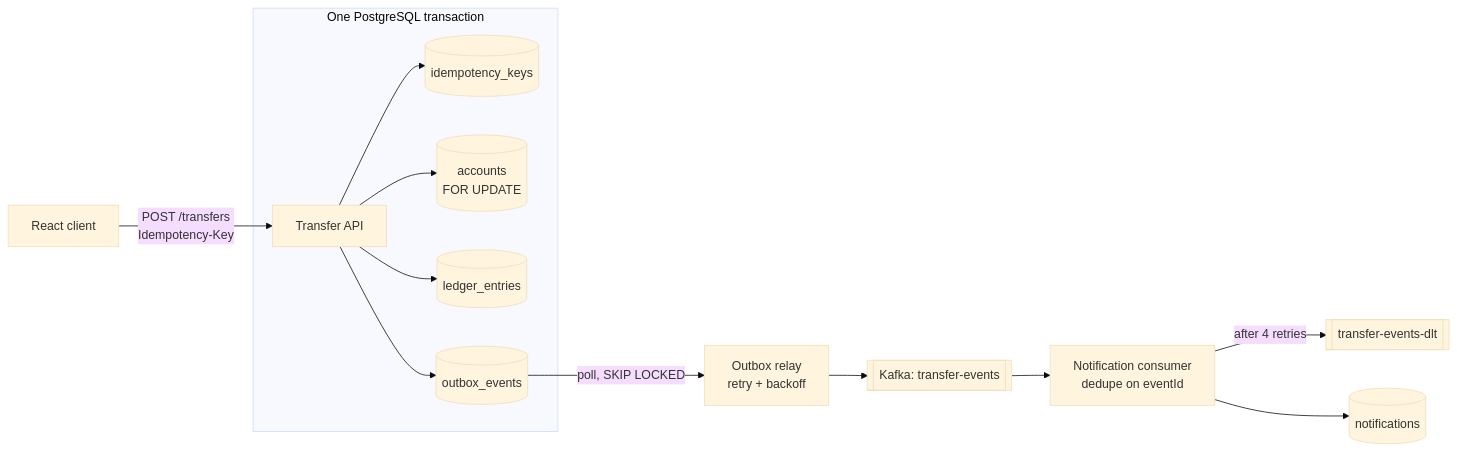
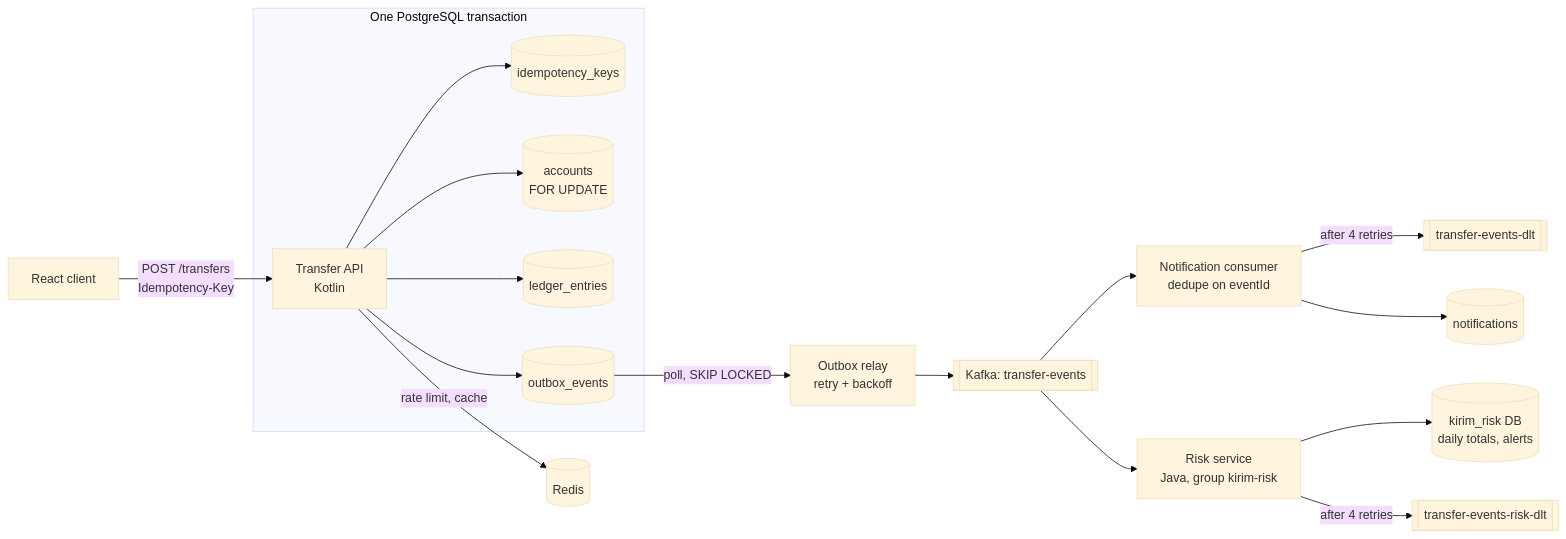
The diagram in README.md (RendySianipar/kirim), drawn with Mermaid (base theme) before and after one commit. The commit also changed other lines of this file and 59 other files, not shown here.

Commit message:
Add Redis rate limiting and cache, Java risk service, Kubernetes manifests and Gitlab CI

````diff
--- a/README.md
+++ b/README.md
@@ -22,15 +24,19 @@
 ```mermaid
 flowchart LR
-    UI[React client] -- "POST /transfers<br/>Idempotency-Key" --> API[Transfer API]
+    UI[React client] -- "POST /transfers<br/>Idempotency-Key" --> API[Transfer API<br/>Kotlin]
+    API -- "rate limit, cache" --> R[(Redis)]
     subgraph TX [One PostgreSQL transaction]
         API --> IK[(idempotency_keys)]
         API --> ACC[(accounts<br/>FOR UPDATE)]
         API --> LED[(ledger_entries)]
         API --> OUT[(outbox_events)]
     end
     OUT -- "poll, SKIP LOCKED" --> RELAY[Outbox relay<br/>retry + backoff]
     RELAY --> K[[Kafka: transfer-events]]
     K --> CONS[Notification consumer<br/>dedupe on eventId]
     CONS -- after 4 retries --> DLT[[transfer-events-dlt]]
     CONS --> NOTE[(notifications)]
+    K --> RISK[Risk service<br/>Java, group kirim-risk]
+    RISK --> RDB[(kirim_risk DB<br/>daily totals, alerts)]
+    RISK -- after 4 retries --> RDLT[[transfer-events-risk-dlt]]
 ```
````
